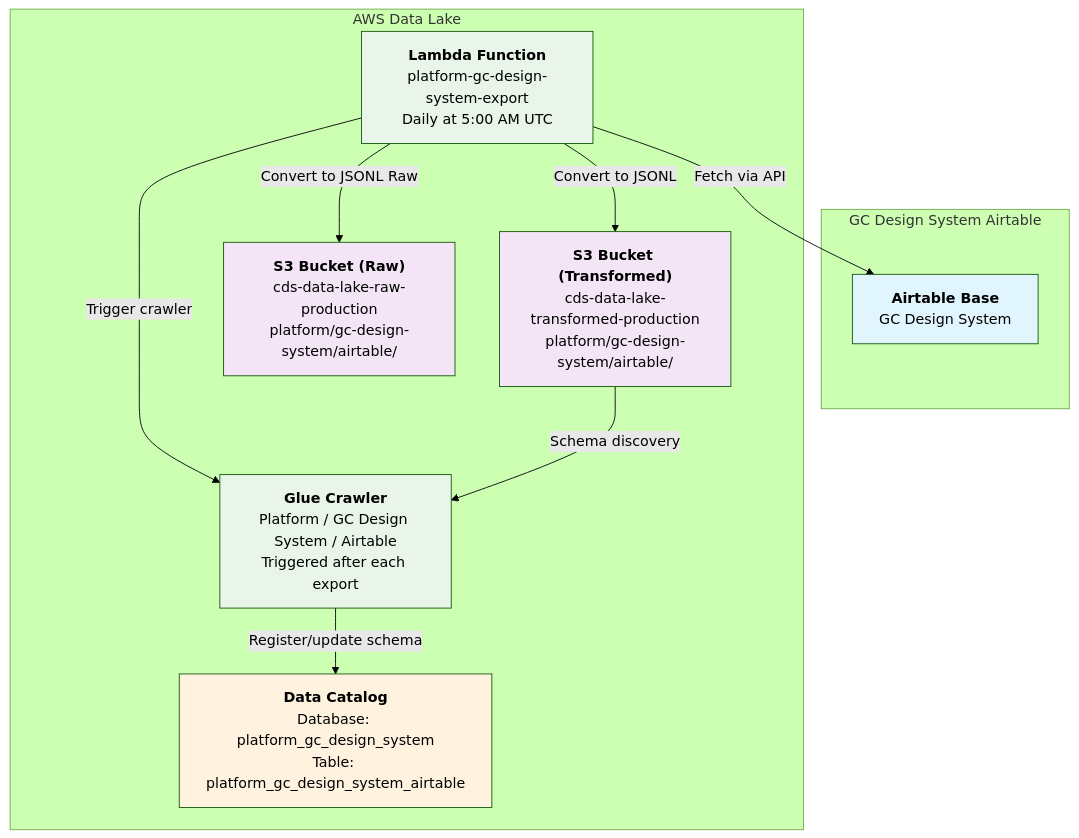
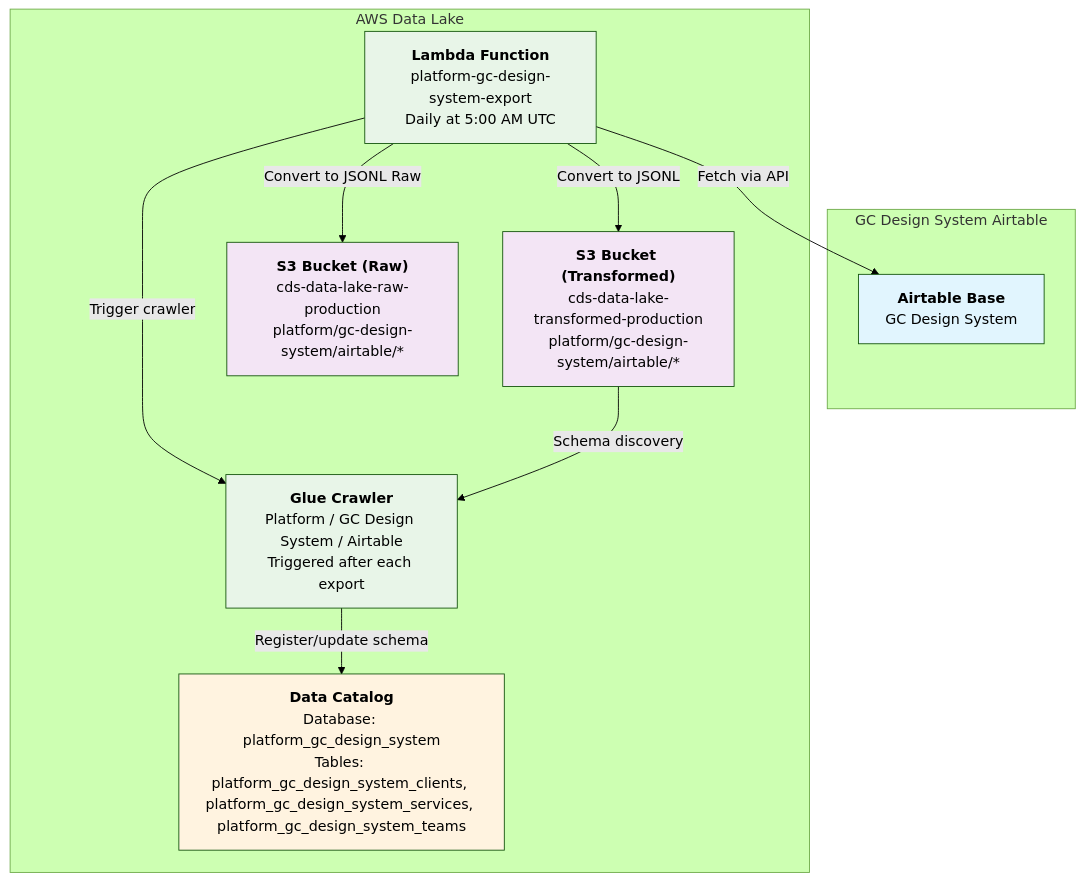
The diagram in docs/data/pipelines/platform/gc-design-system/airtable.md (cds-snc/data-lake), drawn with Mermaid (forest theme) before and after one commit. The commit also changed other lines of this file and 12 other files, not shown here.

````diff
--- a/docs/data/pipelines/platform/gc-design-system/airtable.md
+++ b/docs/data/pipelines/platform/gc-design-system/airtable.md
@@ -35,39 +17,39 @@
 ```mermaid
 graph TD
     %% Source Systems
     Airtable["`**Airtable Base**<br/>GC Design System`"]
     
     %% Storage
-    TransS3["`**S3 Bucket (Transformed)**<br/>cds-data-lake-transformed-production<br/>platform/gc-design-system/airtable/`"]
-    RawS3["`**S3 Bucket (Raw)**<br/>cds-data-lake-raw-production<br/>platform/gc-design-system/airtable/`"]
+    TransS3["`**S3 Bucket (Transformed)**<br/>cds-data-lake-transformed-production<br/>platform/gc-design-system/airtable/*`"]
+    RawS3["`**S3 Bucket (Raw)**<br/>cds-data-lake-raw-production<br/>platform/gc-design-system/airtable/*`"]
     
     %% Processing
     Lambda["`**Lambda Function**<br/>platform-gc-design-system-export<br/>Daily at 5:00 AM UTC`"]
     Crawler["`**Glue Crawler**<br/>Platform / GC Design System / Airtable<br/>Triggered after each export`"]
-    CatalogTransformed["`**Data Catalog**<br/>Database: platform_gc_design_system<br/>Table: platform_gc_design_system_airtable`"]
+    CatalogTransformed["`**Data Catalog**<br/>Database: platform_gc_design_system<br/>Tables: platform_gc_design_system_clients, platform_gc_design_system_services, platform_gc_design_system_teams`"]
 
     %% Flow
     subgraph airtable_source[GC Design System Airtable]
         Airtable
     end
 
     subgraph aws_datalake[AWS Data Lake]
         Lambda --> |Fetch via API|Airtable
         Lambda --> |Convert to JSONL|TransS3
         Lambda --> |Convert to JSONL Raw|RawS3
         Lambda --> |Trigger crawler|Crawler
         Crawler --> |Register/update schema|CatalogTransformed
         TransS3 --> |Schema discovery|Crawler
     end
 
     %% Styling
     classDef source fill:#e1f5fe
     classDef storage fill:#f3e5f5
     classDef processing fill:#e8f5e8
     classDef catalog fill:#fff3e0
 
     class Airtable source
     class TransS3,RawS3 storage
     class Lambda,Crawler processing
     class CatalogTransformed catalog
 ```
````
